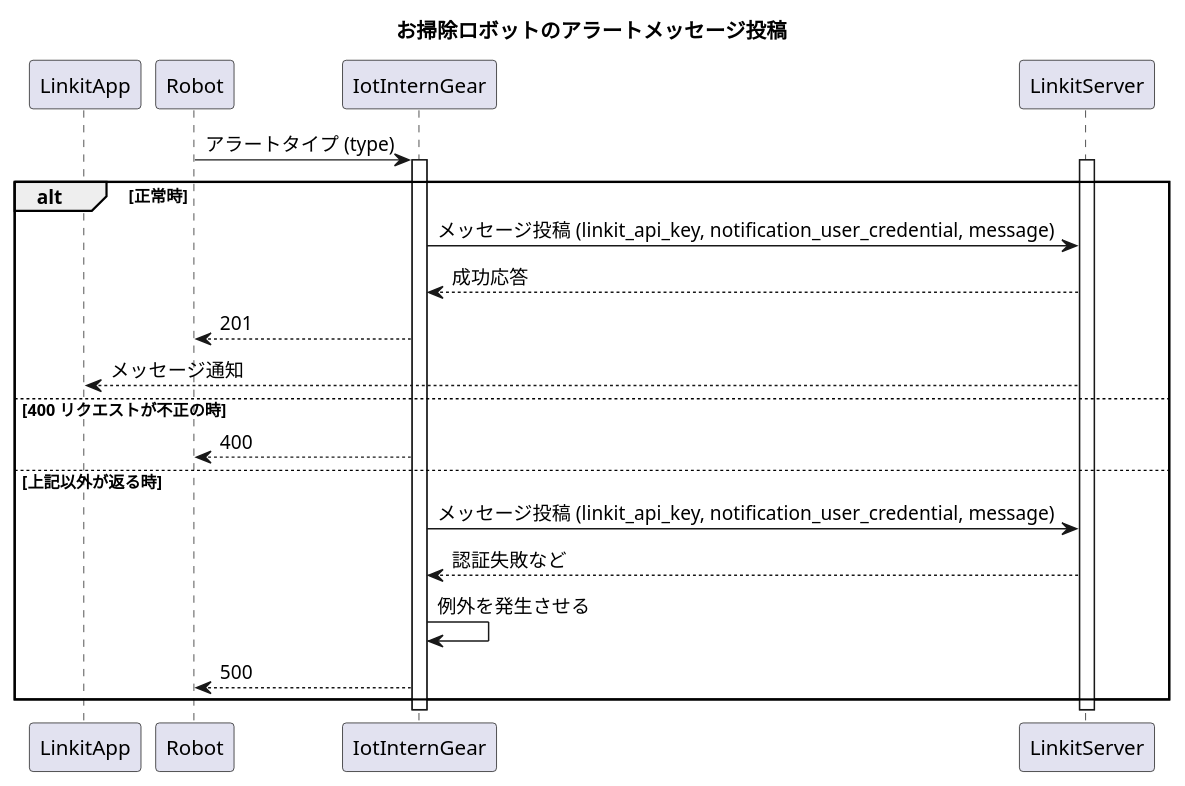
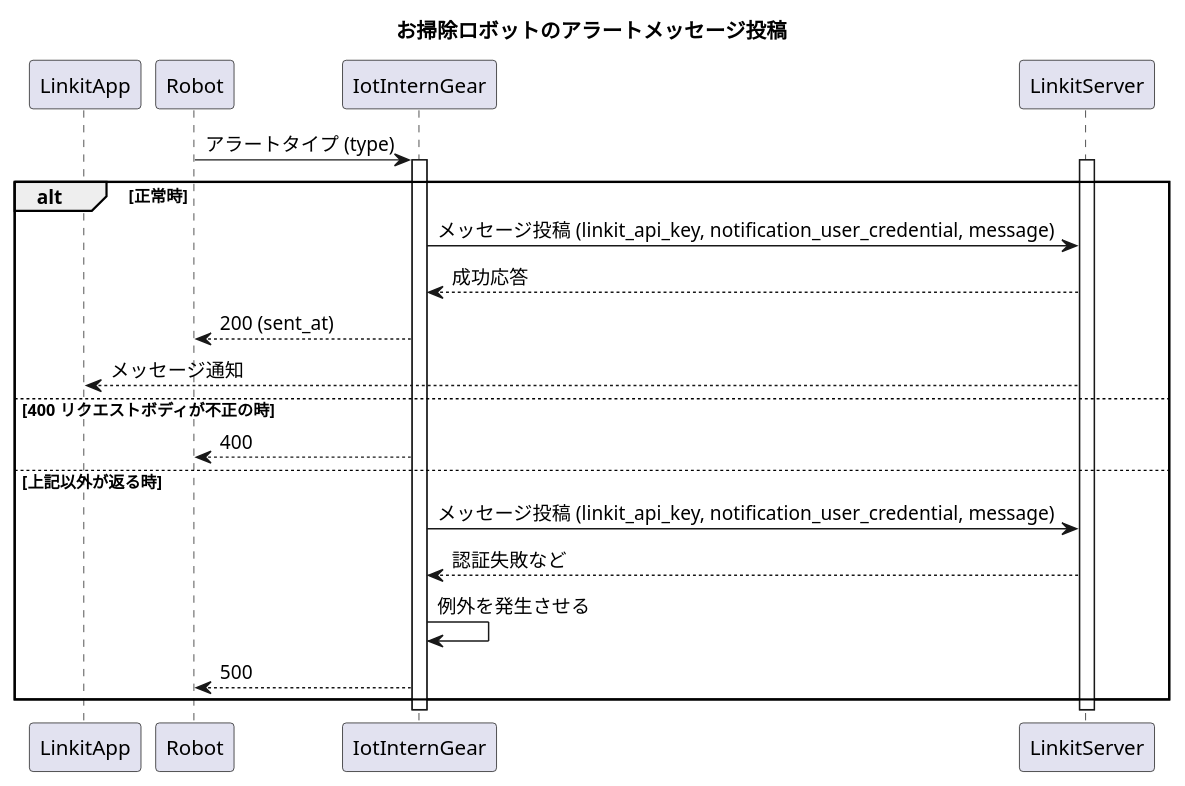
Before and after one commit to access-company/IoTIntern: the diagram in doc/sequence.puml, drawn with PlantUML. The commit also changed 3 other files, not shown here.

```diff
--- a/doc/sequence.puml
+++ b/doc/sequence.puml
@@ -1,27 +1,27 @@
 @startuml SequenceDiagram
 title: お掃除ロボットのアラートメッセージ投稿
 
 participant LinkitApp
 participant Robot
 participant IotInternGear
 participant LinkitServer
 
 Robot -> IotInternGear: アラートタイプ (type)
 activate IotInternGear
 activate LinkitServer
 alt 正常時
     IotInternGear -> LinkitServer: メッセージ投稿 (linkit_api_key, notification_user_credential, message)
     IotInternGear <-- LinkitServer: 成功応答
-    Robot <-- IotInternGear: 201
+    Robot <-- IotInternGear: 200 (sent_at)
     LinkitApp <-- LinkitServer: メッセージ通知
-else 400 リクエストが不正の時
+else 400 リクエストボディが不正の時
     Robot <-- IotInternGear: 400
 else 上記以外が返る時
     IotInternGear -> LinkitServer: メッセージ投稿 (linkit_api_key, notification_user_credential, message)
     IotInternGear <-- LinkitServer: 認証失敗など
     IotInternGear -> IotInternGear: 例外を発生させる
     Robot <-- IotInternGear: 500
 end
 deactivate IotInternGear
 deactivate LinkitServer
 @enduml
```
